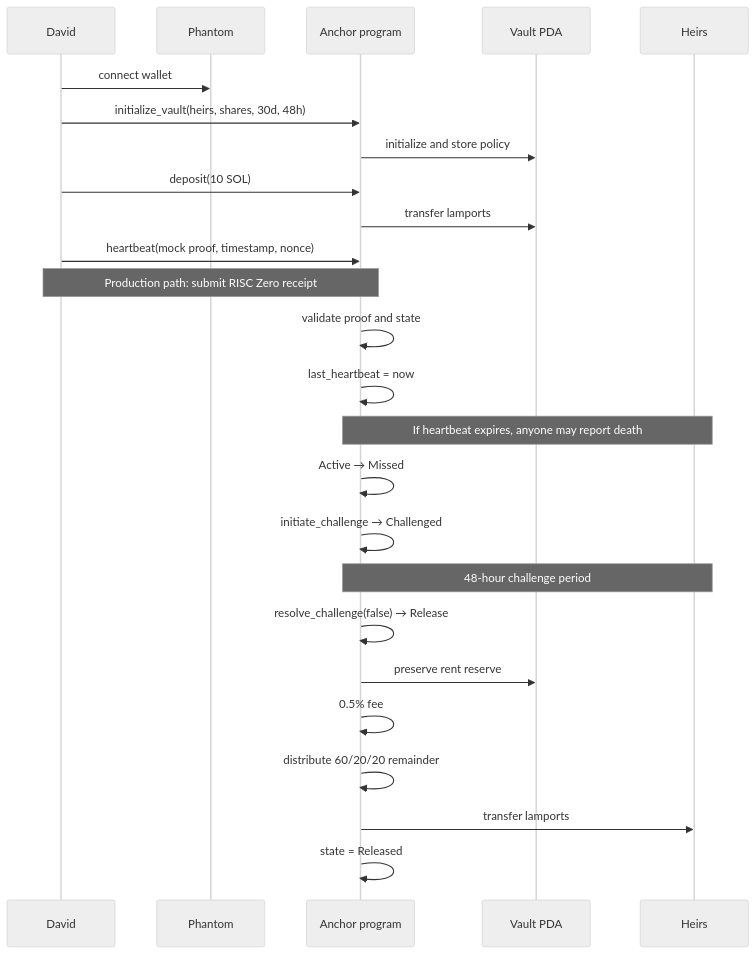
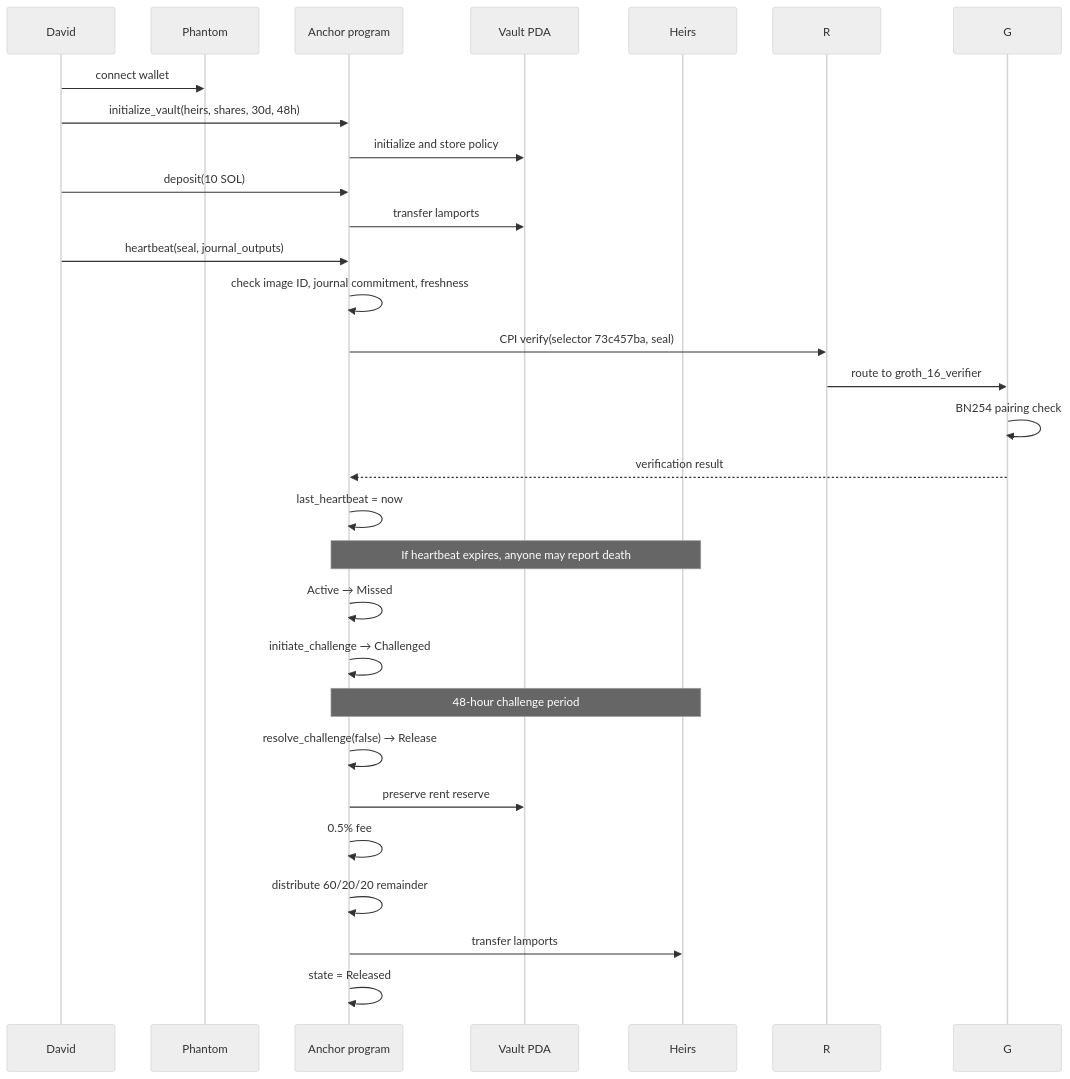
The third of 3 diagrams in deathclock/docs/ARCHITECTURE.md (HusseinAdeiza/sanitova-credits), drawn with Mermaid (neutral theme) before and after one commit. The commit also changed other lines of this file and 2 other files, not shown here.

````diff
--- a/deathclock/docs/ARCHITECTURE.md
+++ b/deathclock/docs/ARCHITECTURE.md
@@ -51,27 +51,30 @@
 ```mermaid
 sequenceDiagram
   participant D as David
   participant W as Phantom
   participant A as Anchor program
   participant V as Vault PDA
   participant H as Heirs
   D->>W: connect wallet
   D->>A: initialize_vault(heirs, shares, 30d, 48h)
   A->>V: initialize and store policy
   D->>A: deposit(10 SOL)
   A->>V: transfer lamports
-  D->>A: heartbeat(mock proof, timestamp, nonce)
-  Note over D,A: Production path: submit RISC Zero receipt
-  A->>A: validate proof and state
+  D->>A: heartbeat(seal, journal_outputs)
+  A->>A: check image ID, journal commitment, freshness
+  A->>R: CPI verify(selector 73c457ba, seal)
+  R->>G: route to groth_16_verifier
+  G->>G: BN254 pairing check
+  G-->>A: verification result
   A->>A: last_heartbeat = now
   Note over A,H: If heartbeat expires, anyone may report death
   A->>A: Active → Missed
   A->>A: initiate_challenge → Challenged
   Note over A,H: 48-hour challenge period
   A->>A: resolve_challenge(false) → Release
   A->>V: preserve rent reserve
   A->>A: 0.5% fee
   A->>A: distribute 60/20/20 remainder
   A->>H: transfer lamports
   A->>A: state = Released
 ```
````
